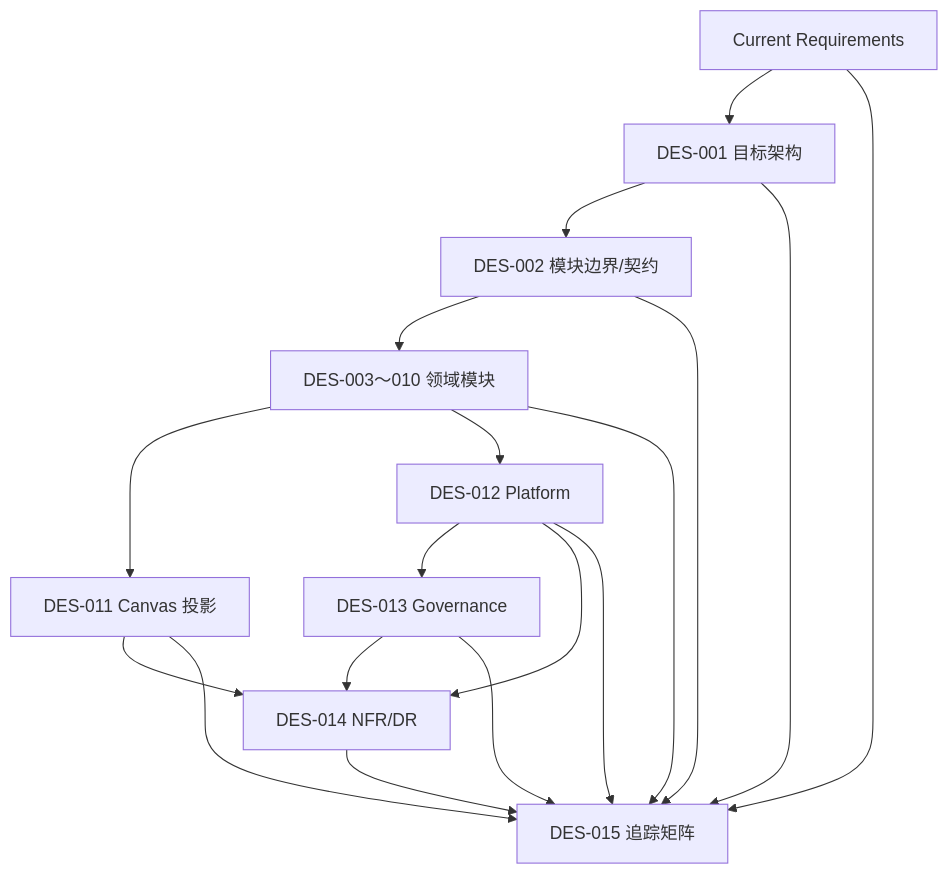
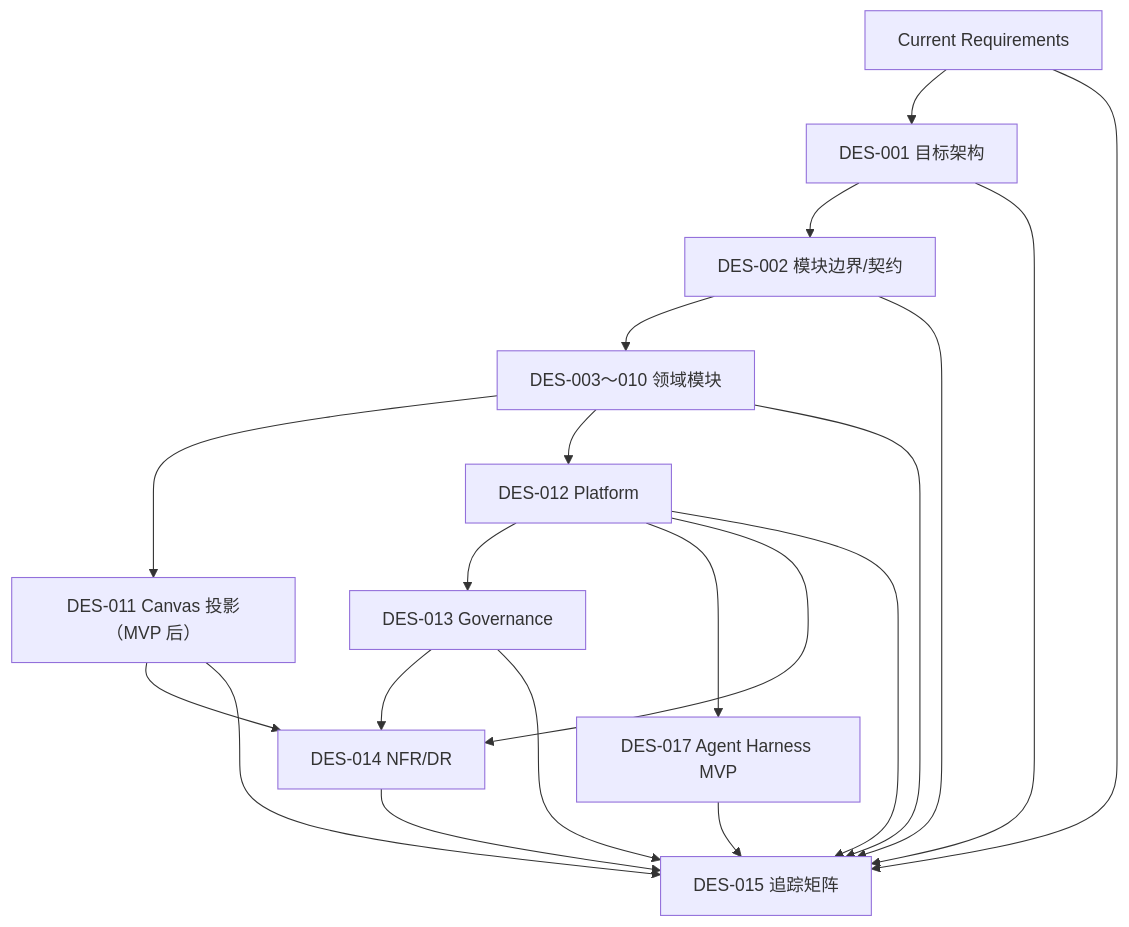
Before and after one commit to StephenQiu30/lanverse: the diagram in docs/design/README.md, drawn with Mermaid. The commit also changed other lines of this file and 63 other files, not shown here.

First line of the commit message:
feat(agents): 落地剧本深度解析 Agent Harness

````diff
--- a/docs/design/README.md
+++ b/docs/design/README.md
@@ -34,20 +35,22 @@
 ```mermaid
 flowchart TD
     R["Current Requirements"] --> A["DES-001 目标架构"]
     A --> B["DES-002 模块边界/契约"]
     B --> D["DES-003～010 领域模块"]
-    D --> C["DES-011 Canvas 投影"]
+    D --> C["DES-011 Canvas 投影（MVP 后）"]
     D --> P["DES-012 Platform"]
     P --> G["DES-013 Governance"]
+    P --> H["DES-017 Agent Harness MVP"]
     C --> N["DES-014 NFR/DR"]
     P --> N
     G --> N
     R --> T["DES-015 追踪矩阵"]
     A --> T
     B --> T
     D --> T
     C --> T
     P --> T
     G --> T
     N --> T
+    H --> T
 ```
````
